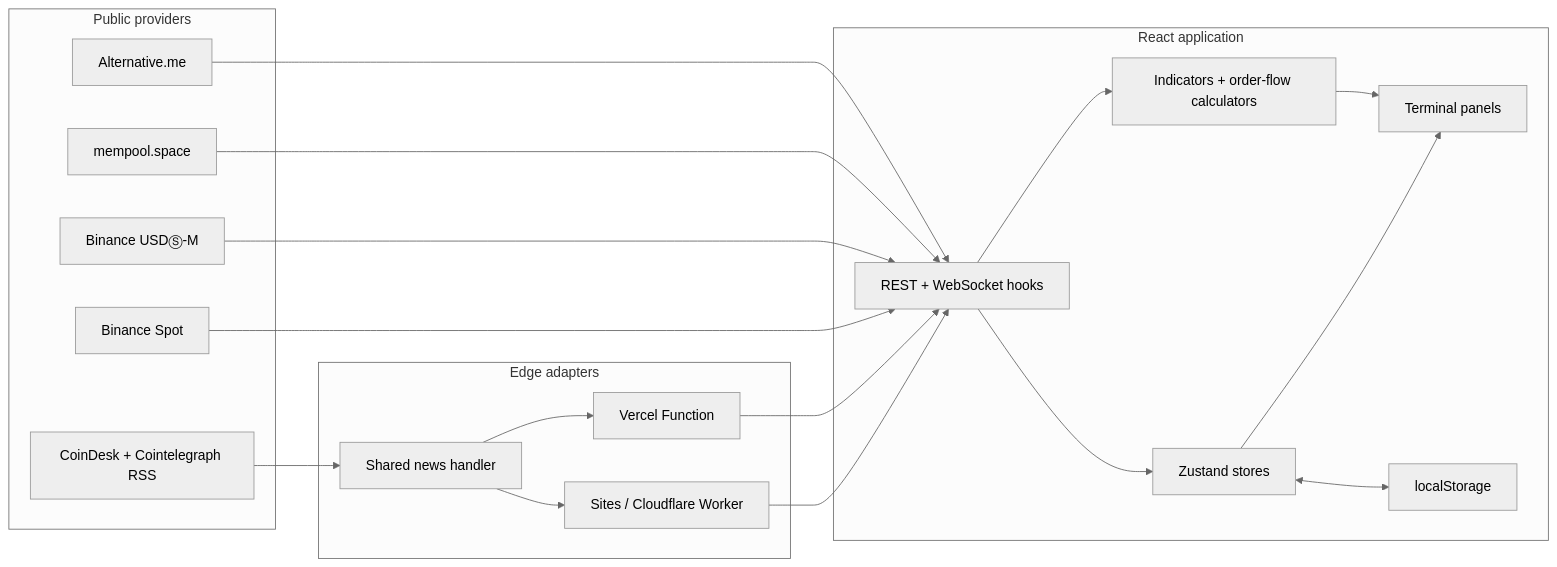
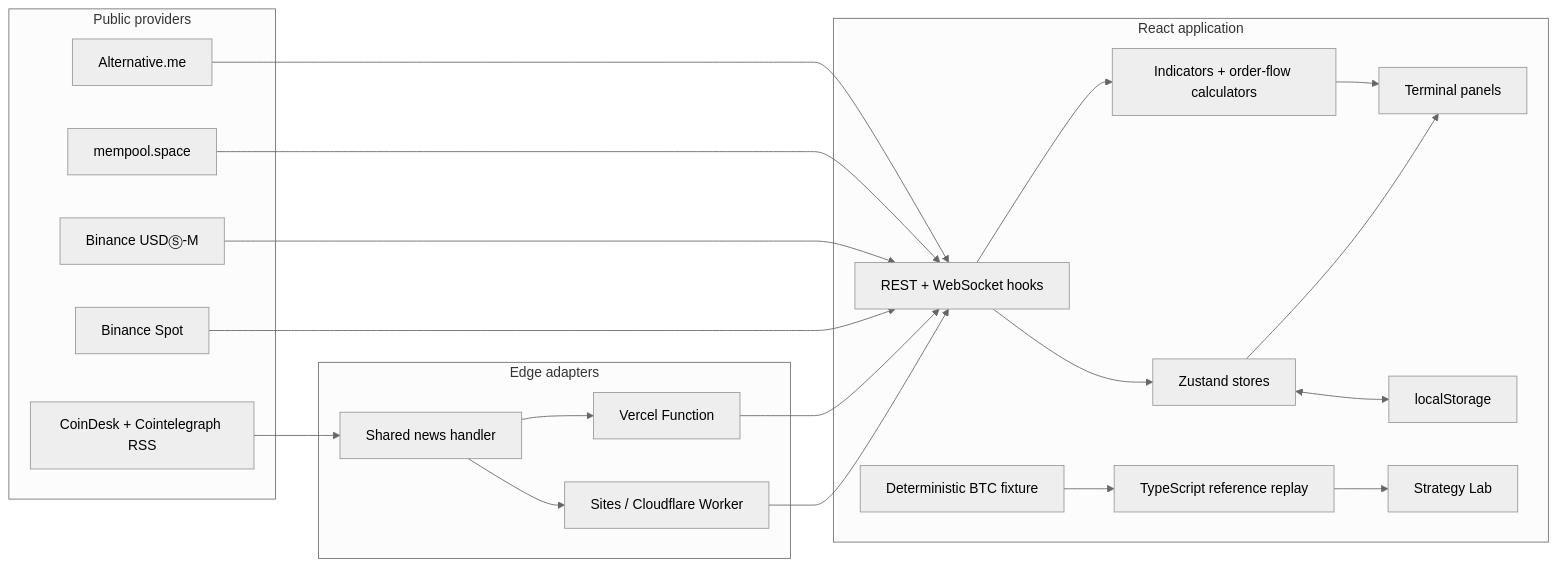
Before and after one commit to JWHaan/quant.term: the first of 3 diagrams in ARCHITECTURE.md, drawn with Mermaid (neutral theme). The commit also changed other lines of this file and 33 other files, not shown here.

Commit message:
feat: add deterministic strategy lab

```diff
--- a/ARCHITECTURE.md
+++ b/ARCHITECTURE.md
@@ -7,39 +7,44 @@
 ~~~mermaid
 flowchart LR
     subgraph Sources["Public providers"]
         BS["Binance Spot"]
         BF["Binance USDⓈ-M"]
         RSS["CoinDesk + Cointelegraph RSS"]
         MP["mempool.space"]
         FG["Alternative.me"]
     end
 
     subgraph Edge["Edge adapters"]
         News["Shared news handler"]
         Sites["Sites / Cloudflare Worker"]
         Vercel["Vercel Function"]
     end
 
     subgraph Browser["React application"]
         Feeds["REST + WebSocket hooks"]
         Stores["Zustand stores"]
         Calc["Indicators + order-flow calculators"]
         UI["Terminal panels"]
         Local["localStorage"]
+        Lab["Strategy Lab"]
+        TSReplay["TypeScript reference replay"]
+        Fixture["Deterministic BTC fixture"]
     end
 
     RSS --> News
     News --> Sites
     News --> Vercel
     Sites --> Feeds
     Vercel --> Feeds
     BS --> Feeds
     BF --> Feeds
     MP --> Feeds
     FG --> Feeds
     Feeds --> Stores
     Feeds --> Calc
     Stores --> UI
     Calc --> UI
     Stores <--> Local
+    Fixture --> TSReplay
+    TSReplay --> Lab
 ~~~
```
